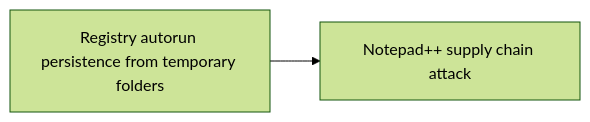
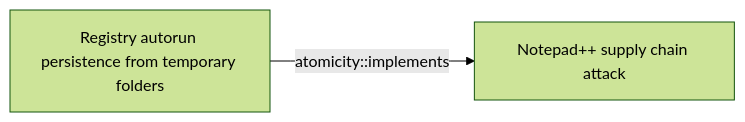
Before and after one commit to opentidehq/library: the first of 2 diagrams in docs/threats/registry-autorun-persistence-from-temporary-folders.md, drawn with Mermaid (forest theme). The commit also changed other lines of this file and 277 other files, not shown here.

````diff
--- a/docs/threats/registry-autorun-persistence-from-temporary-folders.md
+++ b/docs/threats/registry-autorun-persistence-from-temporary-folders.md
@@ -260,6 +294,6 @@
 ```mermaid
 flowchart LR
 55eaa437_5a25_4c29_b1fc_9c0fba4a18ad["Registry autorun persistence from temporary folders"]
 8b7cae6f_b6cf_4414_9cdc_fe8c8ee7ee22["Notepad++ supply chain attack"]
-55eaa437_5a25_4c29_b1fc_9c0fba4a18ad --> 8b7cae6f_b6cf_4414_9cdc_fe8c8ee7ee22
+55eaa437_5a25_4c29_b1fc_9c0fba4a18ad -->|atomicity::implements| 8b7cae6f_b6cf_4414_9cdc_fe8c8ee7ee22
 ```
````
